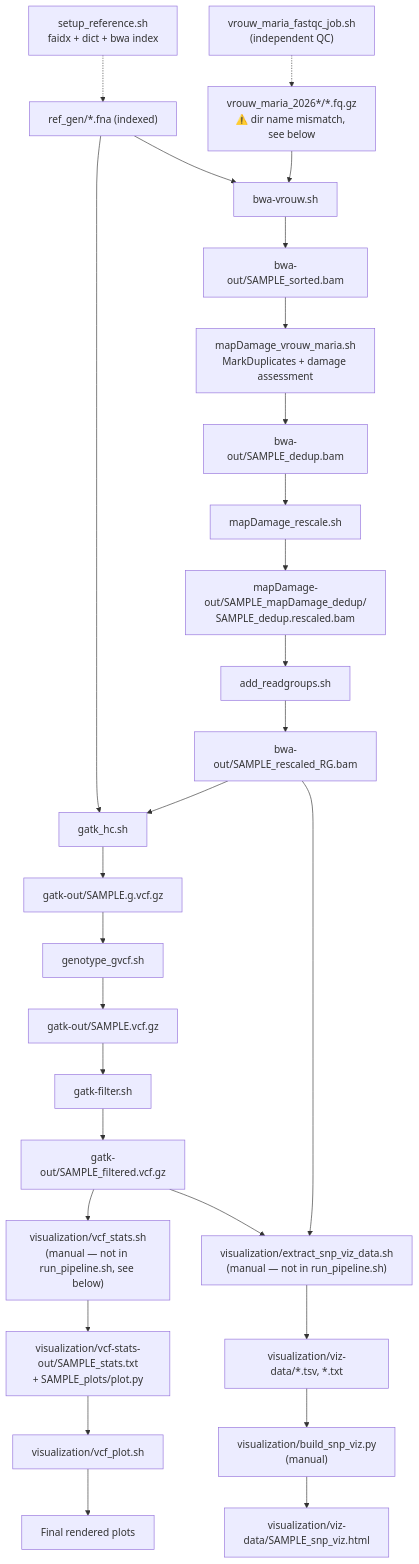
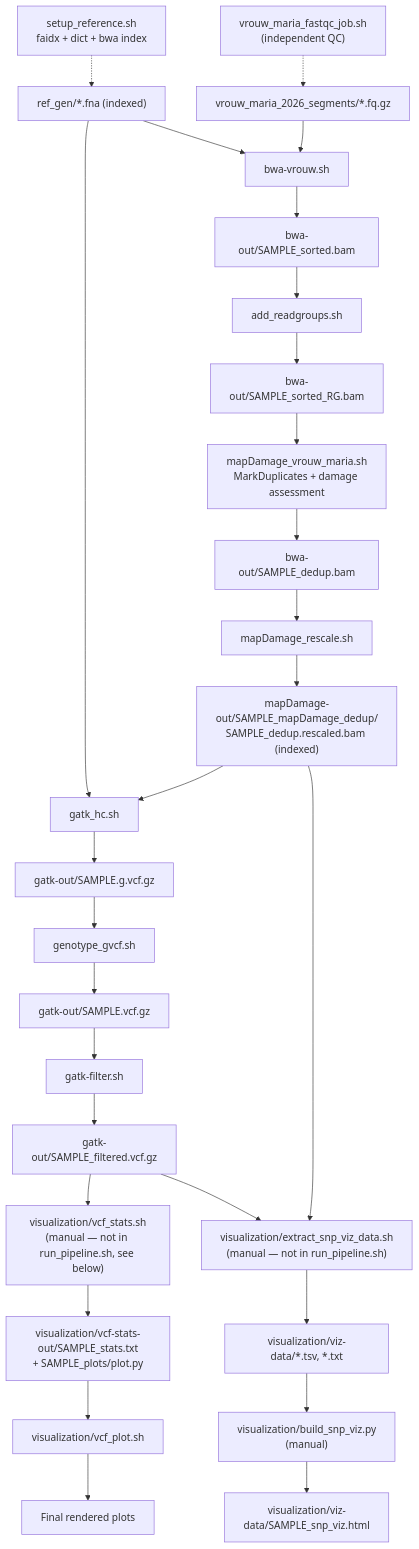
The diagram in PIPELINE.md (waahtoeerp/the_coffee_wrecks), drawn with Mermaid before and after one commit. The commit also changed other lines of this file and 10 other files, not shown here.

````diff
--- a/PIPELINE.md
+++ b/PIPELINE.md
@@ -5,30 +5,30 @@
 ```mermaid
 flowchart TD
     S["setup_reference.sh\nfaidx + dict + bwa index"] -.-> REF["ref_gen/*.fna (indexed)"]
-    Z["vrouw_maria_fastqc_job.sh\n(independent QC)"] -.-> RAW["vrouw_maria_2026*/*.fq.gz\n⚠️ dir name mismatch, see below"]
+    Z["vrouw_maria_fastqc_job.sh\n(independent QC)"] -.-> RAW["vrouw_maria_2026_segments/*.fq.gz"]
     REF --> A["bwa-vrouw.sh"]
     RAW --> A
     A --> B["bwa-out/SAMPLE_sorted.bam"]
-    B --> C["mapDamage_vrouw_maria.sh\nMarkDuplicates + damage assessment"]
+    B --> G["add_readgroups.sh"]
+    G --> H["bwa-out/SAMPLE_sorted_RG.bam"]
+    H --> C["mapDamage_vrouw_maria.sh\nMarkDuplicates + damage assessment"]
     C --> D["bwa-out/SAMPLE_dedup.bam"]
     D --> E["mapDamage_rescale.sh"]
-    E --> F["mapDamage-out/SAMPLE_mapDamage_dedup/\nSAMPLE_dedup.rescaled.bam"]
-    F --> G["add_readgroups.sh"]
-    G --> H["bwa-out/SAMPLE_rescaled_RG.bam"]
+    E --> F["mapDamage-out/SAMPLE_mapDamage_dedup/\nSAMPLE_dedup.rescaled.bam (indexed)"]
     REF --> I
-    H --> I["gatk_hc.sh"]
+    F --> I["gatk_hc.sh"]
     I --> J["gatk-out/SAMPLE.g.vcf.gz"]
     J --> K["genotype_gvcf.sh"]
     K --> L["gatk-out/SAMPLE.vcf.gz"]
     L --> M["gatk-filter.sh"]
     M --> N["gatk-out/SAMPLE_filtered.vcf.gz"]
     N --> O["visualization/vcf_stats.sh\n(manual — not in run_pipeline.sh, see below)"]
     O --> P["visualization/vcf-stats-out/SAMPLE_stats.txt\n+ SAMPLE_plots/plot.py"]
     P --> Q["visualization/vcf_plot.sh"]
     Q --> R["Final rendered plots"]
     N --> X["visualization/extract_snp_viz_data.sh\n(manual — not in run_pipeline.sh)"]
-    H --> X
+    F --> X
     X --> Y["visualization/viz-data/*.tsv, *.txt"]
     Y --> W["visualization/build_snp_viz.py\n(manual)"]
     W --> V["visualization/viz-data/SAMPLE_snp_viz.html"]
 ```
````
